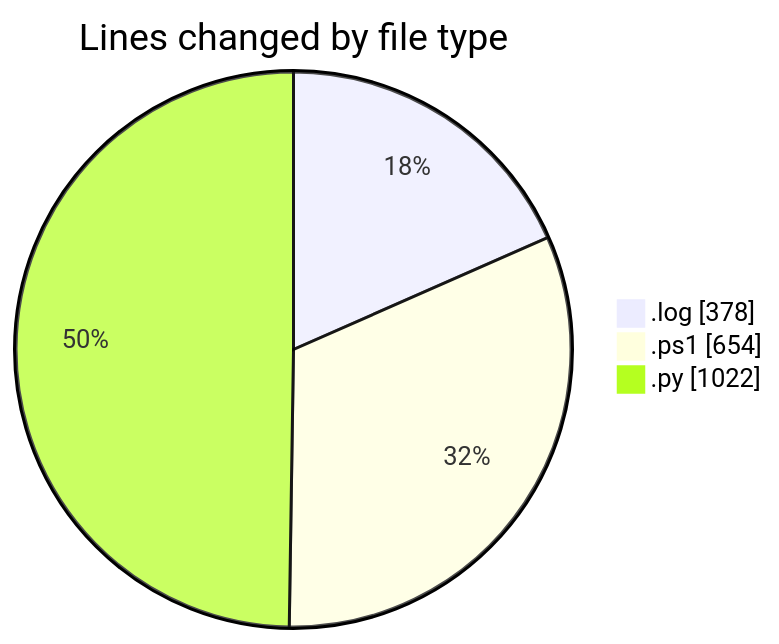
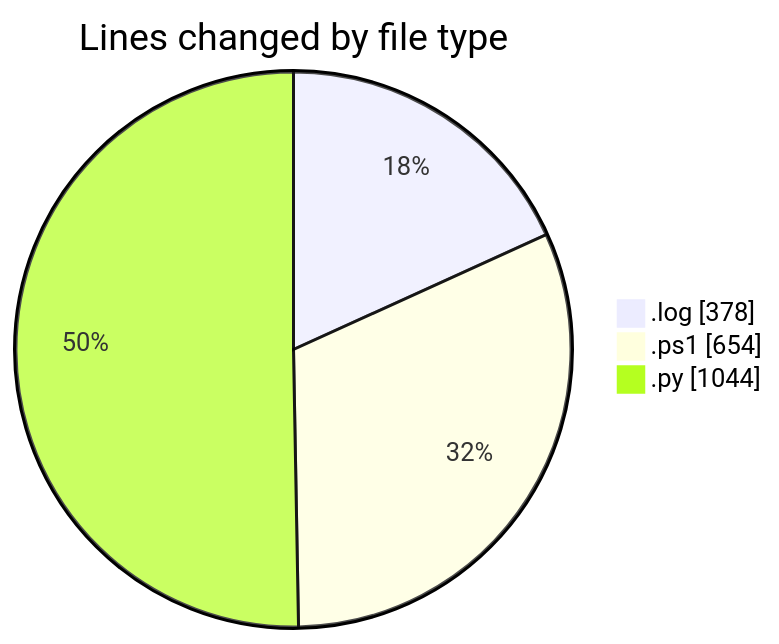
The first of 2 diagrams in 2026-07-08/twenty_versions_aminor/README.md (shibass792/code-tracking), drawn with Mermaid before and after one commit. The commit also changed other lines of this file and 1 other file, not shown here.

````diff
--- a/2026-07-08/twenty_versions_aminor/README.md
+++ b/2026-07-08/twenty_versions_aminor/README.md
@@ -22,7 +22,7 @@
 ```mermaid
 pie showData
 title Lines changed by file type
 ".log" : 378
 ".ps1" : 654
-".py" : 1022
+".py" : 1044
 ```
````
